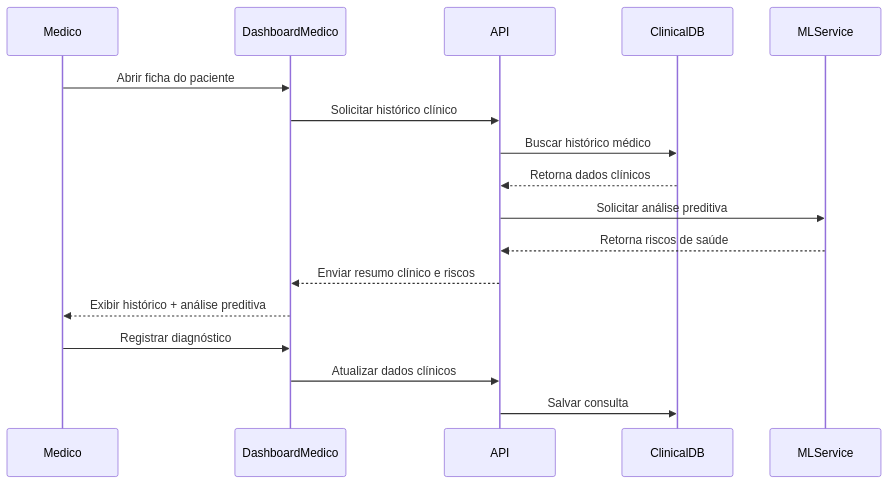
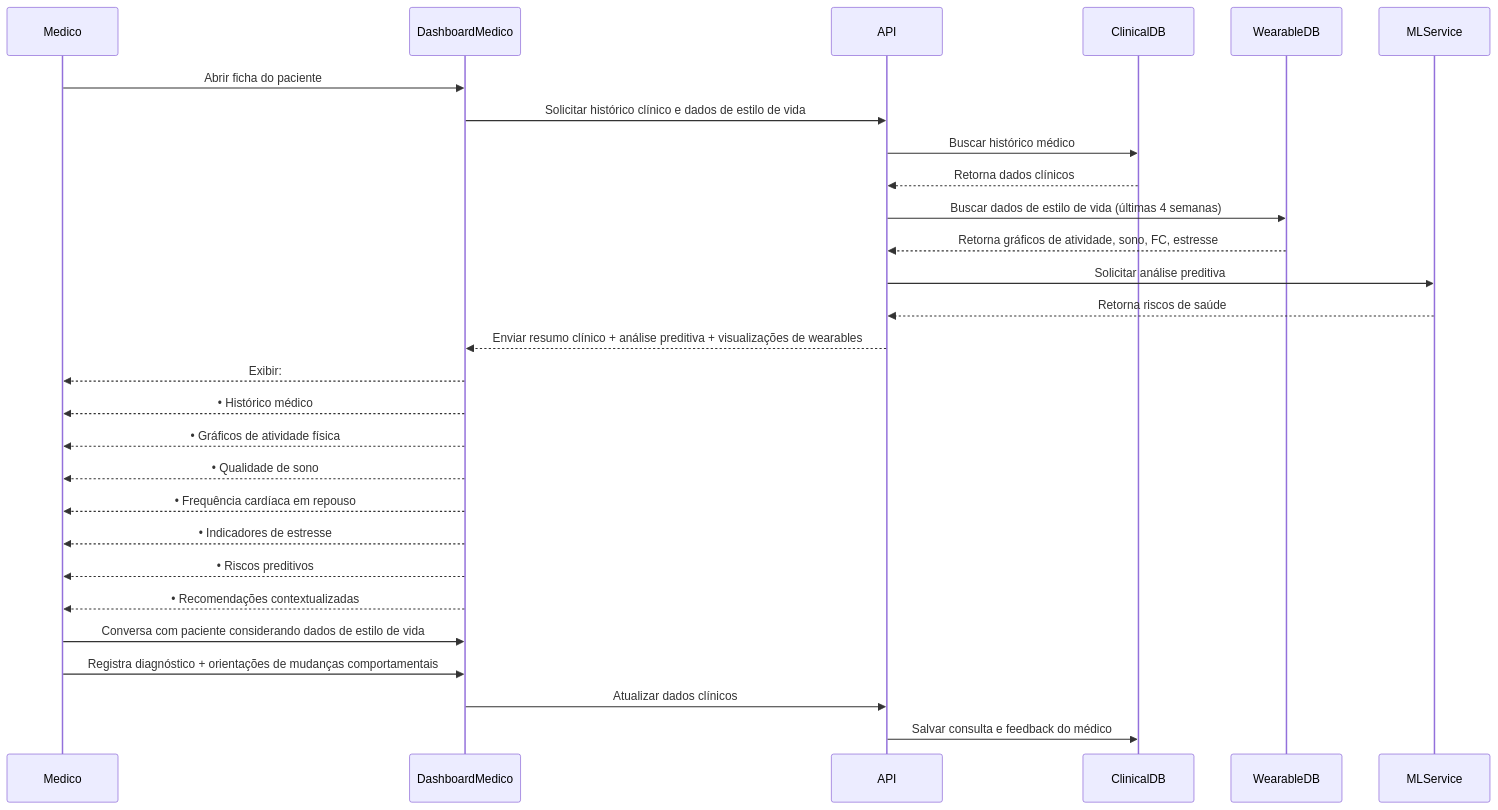
The sixth of 7 diagrams in DIAGRAMA DE SEQUENCIA.md (ccps1-care-predict/care-plus-ccps1), drawn with Mermaid before and after one commit. The commit also changed other lines of this file and 11 other files, not shown here.

````diff
--- a/DIAGRAMA DE SEQUENCIA.md
+++ b/DIAGRAMA DE SEQUENCIA.md
@@ -139,27 +261,39 @@
 ```mermaid
 sequenceDiagram
 
 participant Medico
 participant DashboardMedico
 participant API
 participant ClinicalDB
+participant WearableDB
 participant MLService
 
 Medico->>DashboardMedico: Abrir ficha do paciente
-DashboardMedico->>API: Solicitar histórico clínico
+DashboardMedico->>API: Solicitar histórico clínico e dados de estilo de vida
 
 API->>ClinicalDB: Buscar histórico médico
 ClinicalDB-->>API: Retorna dados clínicos
 
+API->>WearableDB: Buscar dados de estilo de vida (últimas 4 semanas)
+WearableDB-->>API: Retorna gráficos de atividade, sono, FC, estresse
+
 API->>MLService: Solicitar análise preditiva
 MLService-->>API: Retorna riscos de saúde
 
-API-->>DashboardMedico: Enviar resumo clínico e riscos
+API-->>DashboardMedico: Enviar resumo clínico + análise preditiva + visualizações de wearables
 
-DashboardMedico-->>Medico: Exibir histórico + análise preditiva
+DashboardMedico-->>Medico: Exibir:
+DashboardMedico-->>Medico: • Histórico médico
+DashboardMedico-->>Medico: • Gráficos de atividade física
+DashboardMedico-->>Medico: • Qualidade de sono
+DashboardMedico-->>Medico: • Frequência cardíaca em repouso
+DashboardMedico-->>Medico: • Indicadores de estresse
+DashboardMedico-->>Medico: • Riscos preditivos
+DashboardMedico-->>Medico: • Recomendações contextualizadas
 
-Medico->>DashboardMedico: Registrar diagnóstico
+Medico->>DashboardMedico: Conversa com paciente considerando dados de estilo de vida
+Medico->>DashboardMedico: Registra diagnóstico + orientações de mudanças comportamentais
 DashboardMedico->>API: Atualizar dados clínicos
 
-API->>ClinicalDB: Salvar consulta
+API->>ClinicalDB: Salvar consulta e feedback do médico
 ```
````
